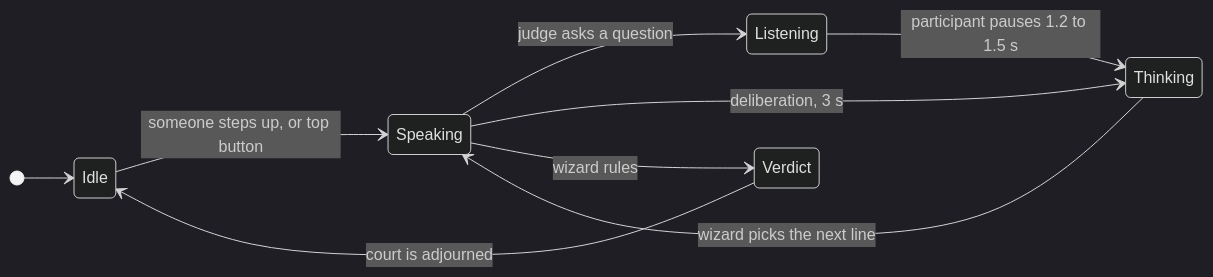
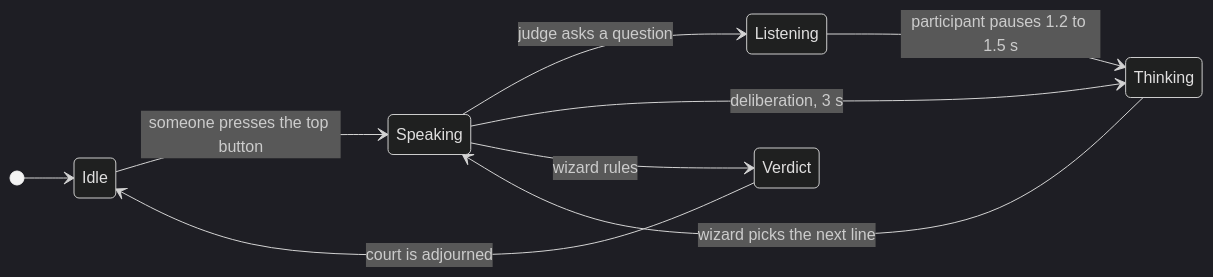
Before and after one commit to eliu1122/Interactive-Lab-Hub: the diagram in Lab 3/README.md, drawn with Mermaid (dark theme). The commit also changed other lines of this file and 4 other files, not shown here.

Commit message:
Open court with the top button instead of the proximity sensor

````diff
--- a/Lab 3/README.md
+++ b/Lab 3/README.md
@@ -294,12 +294,12 @@
 ```mermaid
 stateDiagram-v2
     direction LR
     [*] --> Idle
-    Idle --> Speaking: someone steps up, or top button
+    Idle --> Speaking: someone presses the top button
     Speaking --> Listening: judge asks a question
     Listening --> Thinking: participant pauses 1.2 to 1.5 s
     Thinking --> Speaking: wizard picks the next line
     Speaking --> Thinking: deliberation, 3 s
     Speaking --> Verdict: wizard rules
     Verdict --> Idle: court is adjourned
 ```
````
